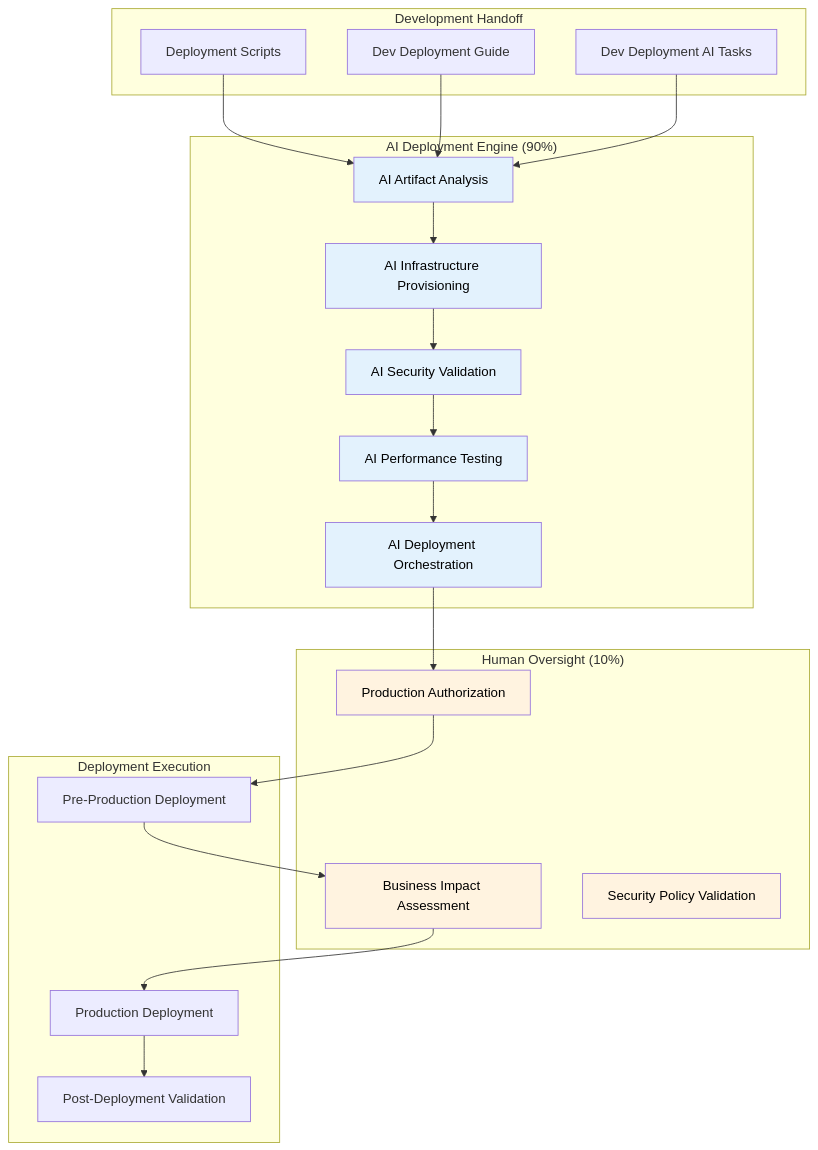
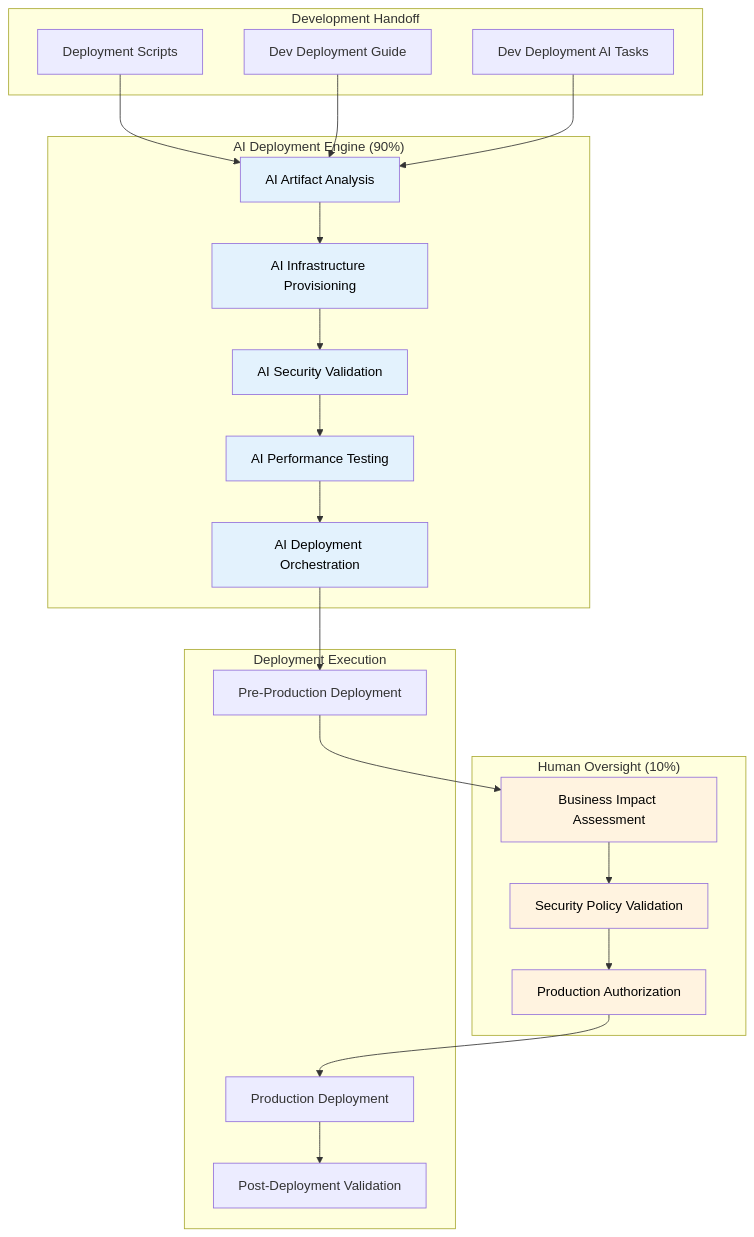
Before and after one commit to vladm3105/aiops_framework: the diagram in deployment/deployment_framework_v3.7.md, drawn with Mermaid. The commit also changed other lines of this file and 99 other files, not shown here.

````diff
--- a/deployment/deployment_framework_v3.7.md
+++ b/deployment/deployment_framework_v3.7.md
@@ -52,52 +52,51 @@
 ```mermaid
 graph TD
     subgraph "Development Handoff"
         A1[Deployment Scripts]
         A2[Dev Deployment Guide]
         A3[Dev Deployment AI Tasks]
     end
     
     subgraph "AI Deployment Engine (90%)"
         B1[AI Artifact Analysis]
         B2[AI Infrastructure Provisioning]
         B3[AI Security Validation]
         B4[AI Performance Testing]
         B5[AI Deployment Orchestration]
     end
     
     subgraph "Human Oversight (10%)"
         C1[Production Authorization]
         C2[Business Impact Assessment]
         C3[Security Policy Validation]
     end
     
     subgraph "Deployment Execution"
         D1[Pre-Production Deployment]
         D2[Production Deployment]
         D3[Post-Deployment Validation]
     end
     
-    A1 --> B1
-    A2 --> B1
-    A3 --> B1
+    A1 & A2 & A3 --> B1
     
     B1 --> B2
     B2 --> B3
     B3 --> B4
     B4 --> B5
     
-    B5 --> C1
-    C1 --> D1
+    B5 --> D1
     D1 --> C2
-    C2 --> D2
+    C2 --> C3
+    C3 --> C1
+    C1 --> D2
     D2 --> D3
     
     style B1 fill:#e3f2fd,color:#000
     style B2 fill:#e3f2fd,color:#000
     style B3 fill:#e3f2fd,color:#000
     style B4 fill:#e3f2fd,color:#000
     style B5 fill:#e3f2fd,color:#000
     style C1 fill:#fff3e0,color:#000
     style C2 fill:#fff3e0,color:#000
     style C3 fill:#fff3e0,color:#000
 ```
````
